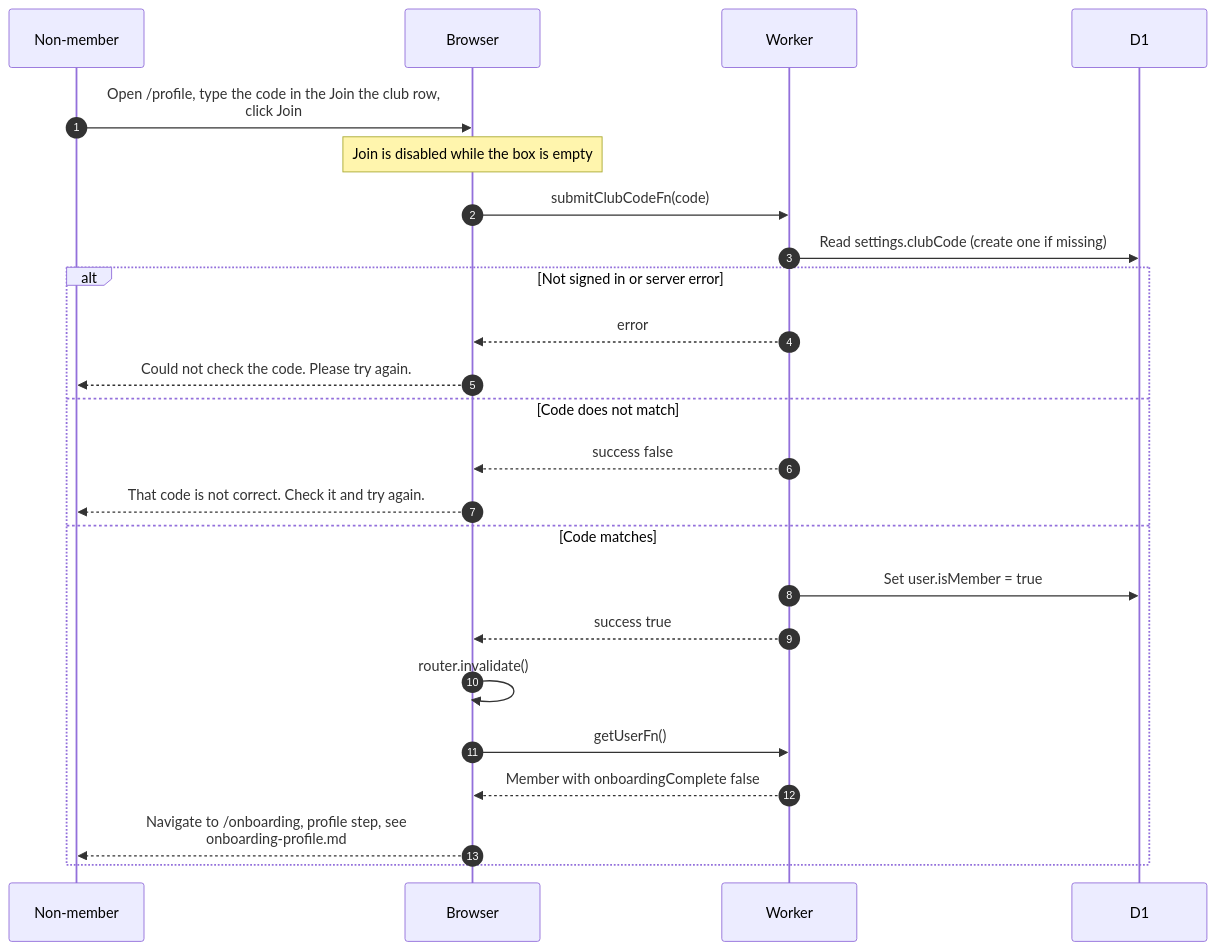
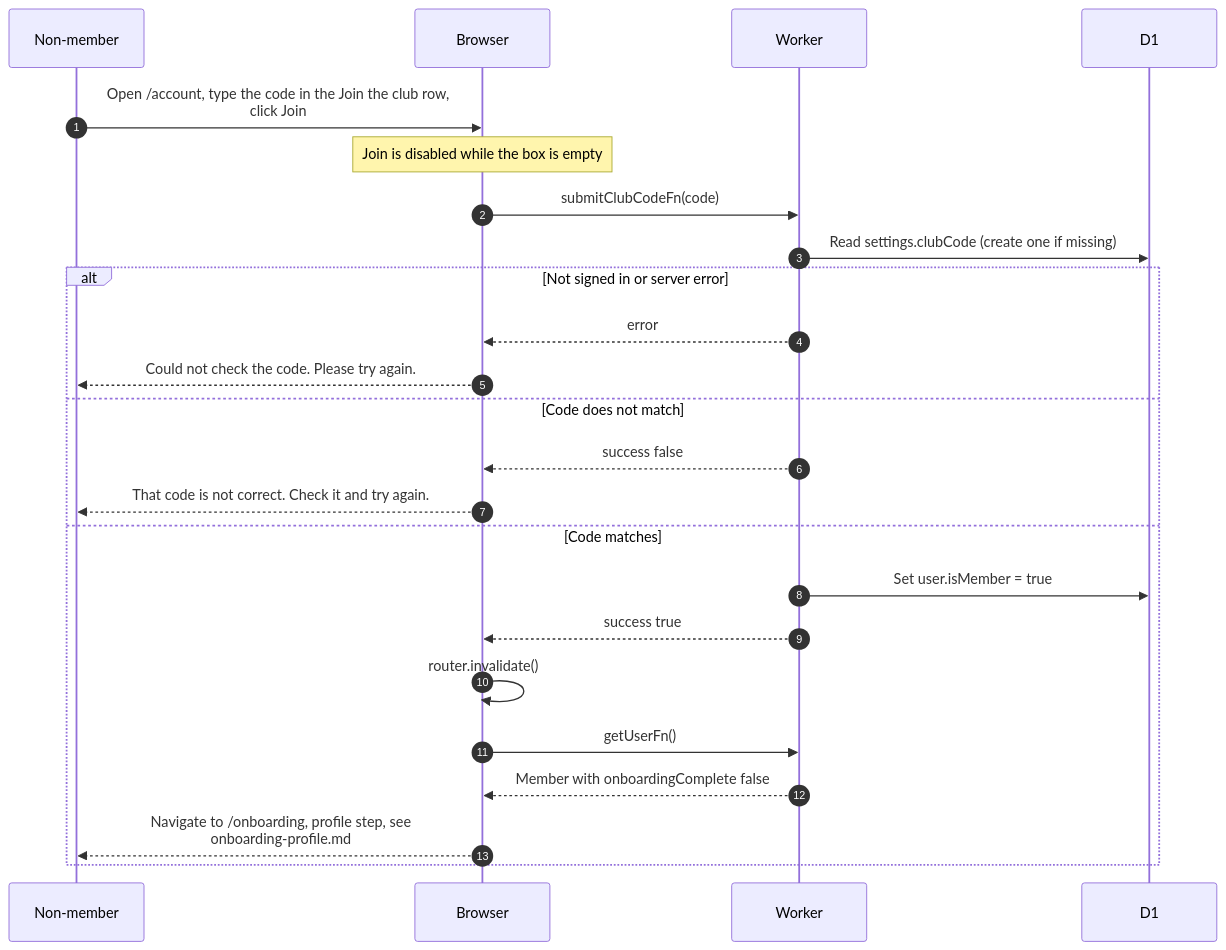
The diagram in docs/scenarios/account/join-club.md (sagyzdop/meriksirat), drawn with Mermaid before and after one commit. The commit also changed other lines of this file and 157 other files, not shown here.

````diff
--- a/docs/scenarios/account/join-club.md
+++ b/docs/scenarios/account/join-club.md
@@ -22,26 +23,26 @@
 ```mermaid
 sequenceDiagram
     autonumber
     participant P as Non-member
     participant B as Browser
     participant W as Worker
     participant D as D1
-    P->>B: Open /profile, type the code in the Join the club row,<br/>click Join
+    P->>B: Open /account, type the code in the Join the club row,<br/>click Join
     Note over B: Join is disabled while the box is empty
     B->>W: submitClubCodeFn(code)
     W->>D: Read settings.clubCode (create one if missing)
     alt Not signed in or server error
         W-->>B: error
         B-->>P: Could not check the code. Please try again.
     else Code does not match
         W-->>B: success false
         B-->>P: That code is not correct. Check it and try again.
     else Code matches
         W->>D: Set user.isMember = true
         W-->>B: success true
         B->>B: router.invalidate()
         B->>W: getUserFn()
         W-->>B: Member with onboardingComplete false
         B-->>P: Navigate to /onboarding, profile step, see<br/>onboarding-profile.md
     end
 ```
````
